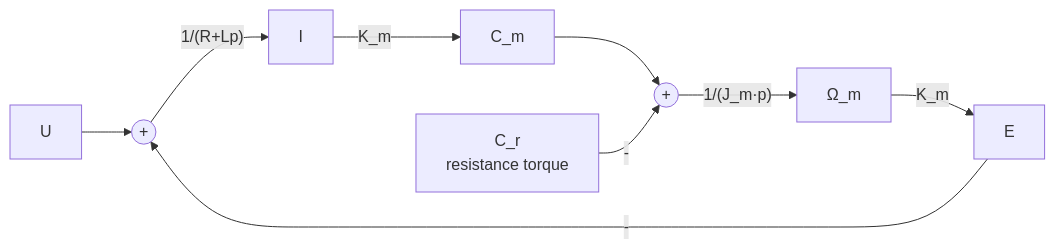
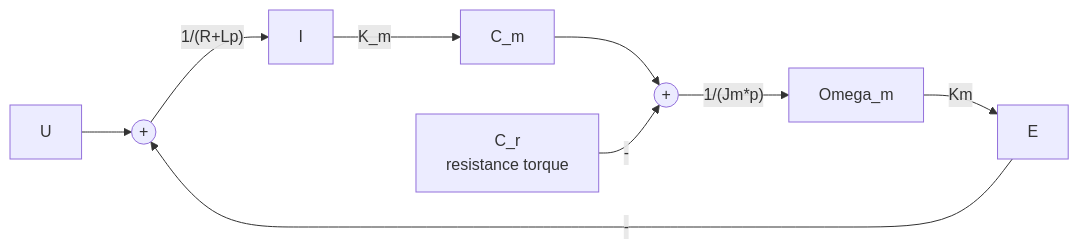
The fourth of 6 diagrams in thrust-reverser/README.md (julietteC06/industrial-systems-analysis), drawn with Mermaid before and after one commit. The commit also changed other lines of this file and 3 other files, not shown here.

First line of the commit message:
Fix Mermaid diagrams: replace Unicode subscripts/Greek with ASCII

````diff
--- a/thrust-reverser/README.md
+++ b/thrust-reverser/README.md
@@ -126,12 +126,12 @@
 ```mermaid
 flowchart LR
     U[U] --> SUM1((+))
     SUM1 -->|"1/(R+Lp)"| I[I]
     I -->|"K_m"| Cm[C_m]
     Cm --> SUM2((+))
-    SUM2 -->|"1/(J_m·p)"| Omega[Ω_m]
-    Omega -->|"K_m"| E[E]
+    SUM2 -->|"1/(Jm*p)"| Omega[Omega_m]
+    Omega -->|"Km"| E[E]
     E -->|-| SUM1
 
     Cr[C_r<br>resistance torque] -->|-| SUM2
 ```
````
